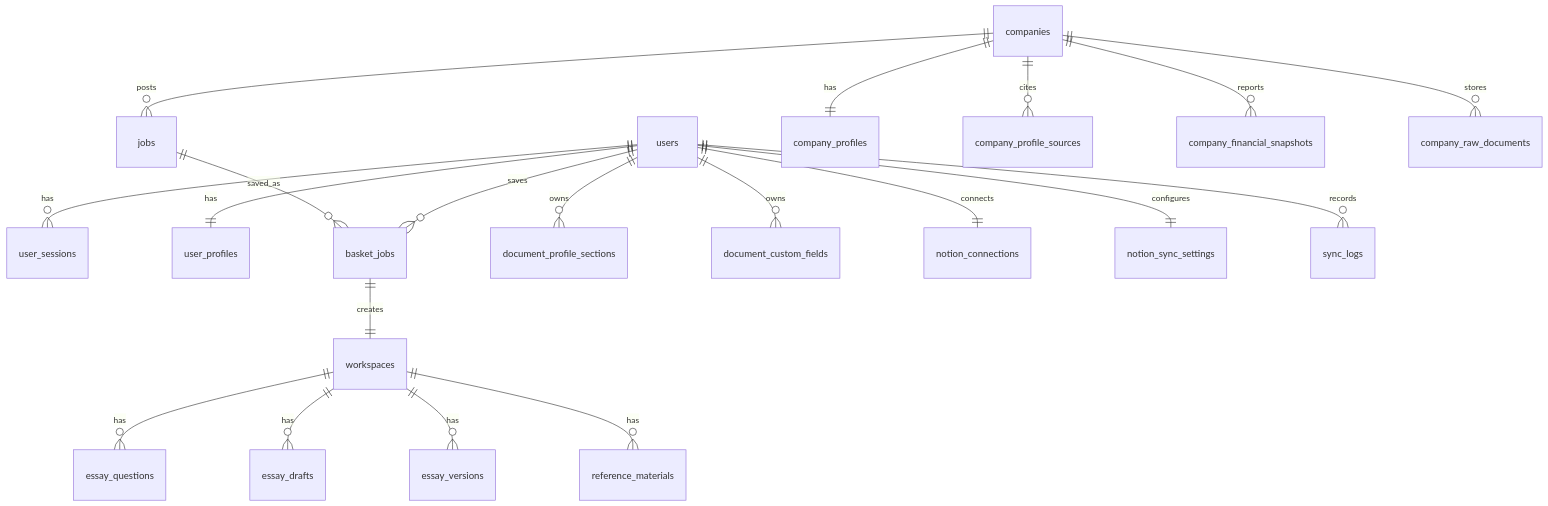
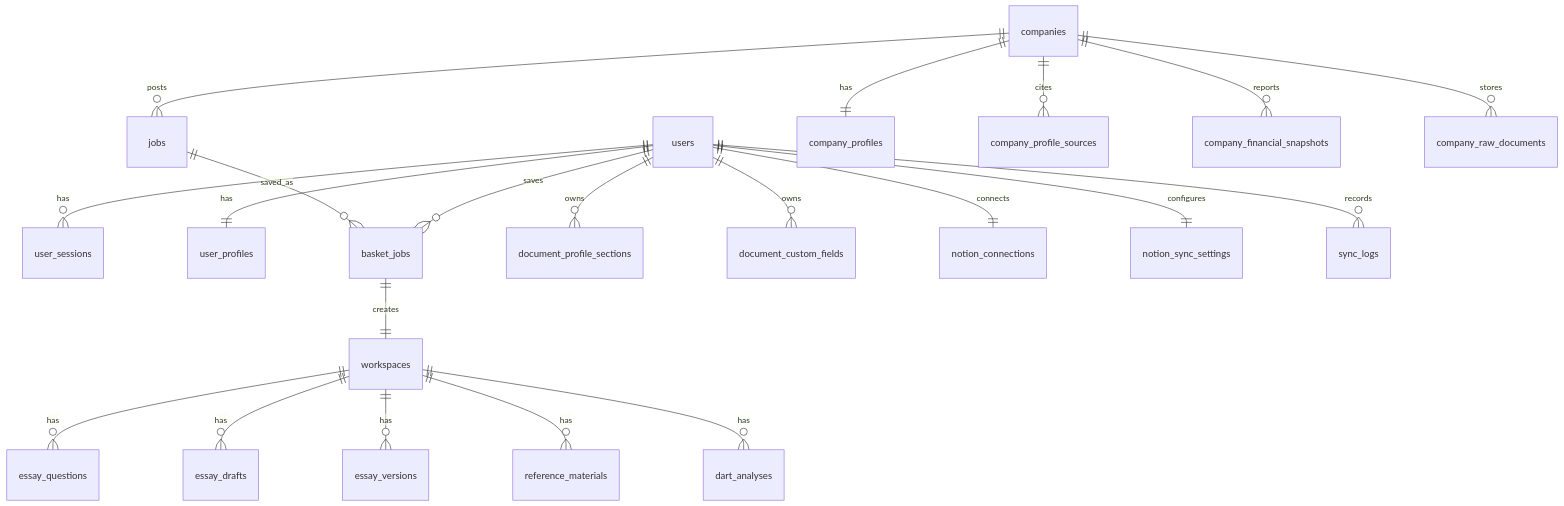
The diagram in docs/12_erd.md (scnelMG/ez-one), drawn with Mermaid before and after one commit. The commit also changed other lines of this file and 17 other files, not shown here.

Commit message:
Persist DART analyses and refine board advice

````diff
--- a/docs/12_erd.md
+++ b/docs/12_erd.md
@@ -9,22 +9,23 @@
 ```mermaid
 erDiagram
     users ||--o{ user_sessions : has
     users ||--|| user_profiles : has
     users ||--o{ basket_jobs : saves
     users ||--o{ document_profile_sections : owns
     users ||--o{ document_custom_fields : owns
     users ||--|| notion_connections : connects
     users ||--|| notion_sync_settings : configures
     users ||--o{ sync_logs : records
     companies ||--o{ jobs : posts
     companies ||--|| company_profiles : has
     companies ||--o{ company_profile_sources : cites
     companies ||--o{ company_financial_snapshots : reports
     companies ||--o{ company_raw_documents : stores
     jobs ||--o{ basket_jobs : saved_as
     basket_jobs ||--|| workspaces : creates
     workspaces ||--o{ essay_questions : has
     workspaces ||--o{ essay_drafts : has
     workspaces ||--o{ essay_versions : has
     workspaces ||--o{ reference_materials : has
+    workspaces ||--o{ dart_analyses : has
 ```
````
